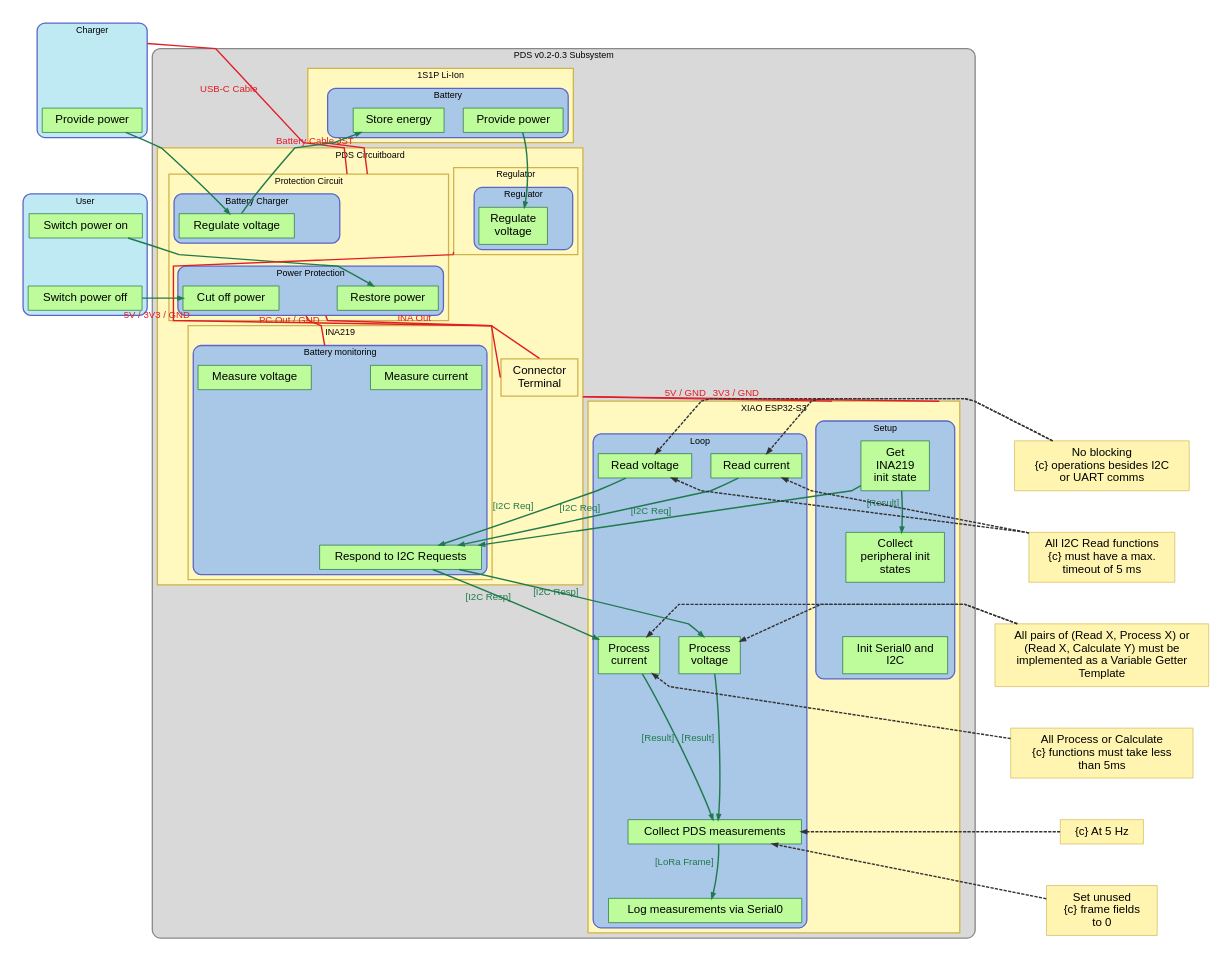
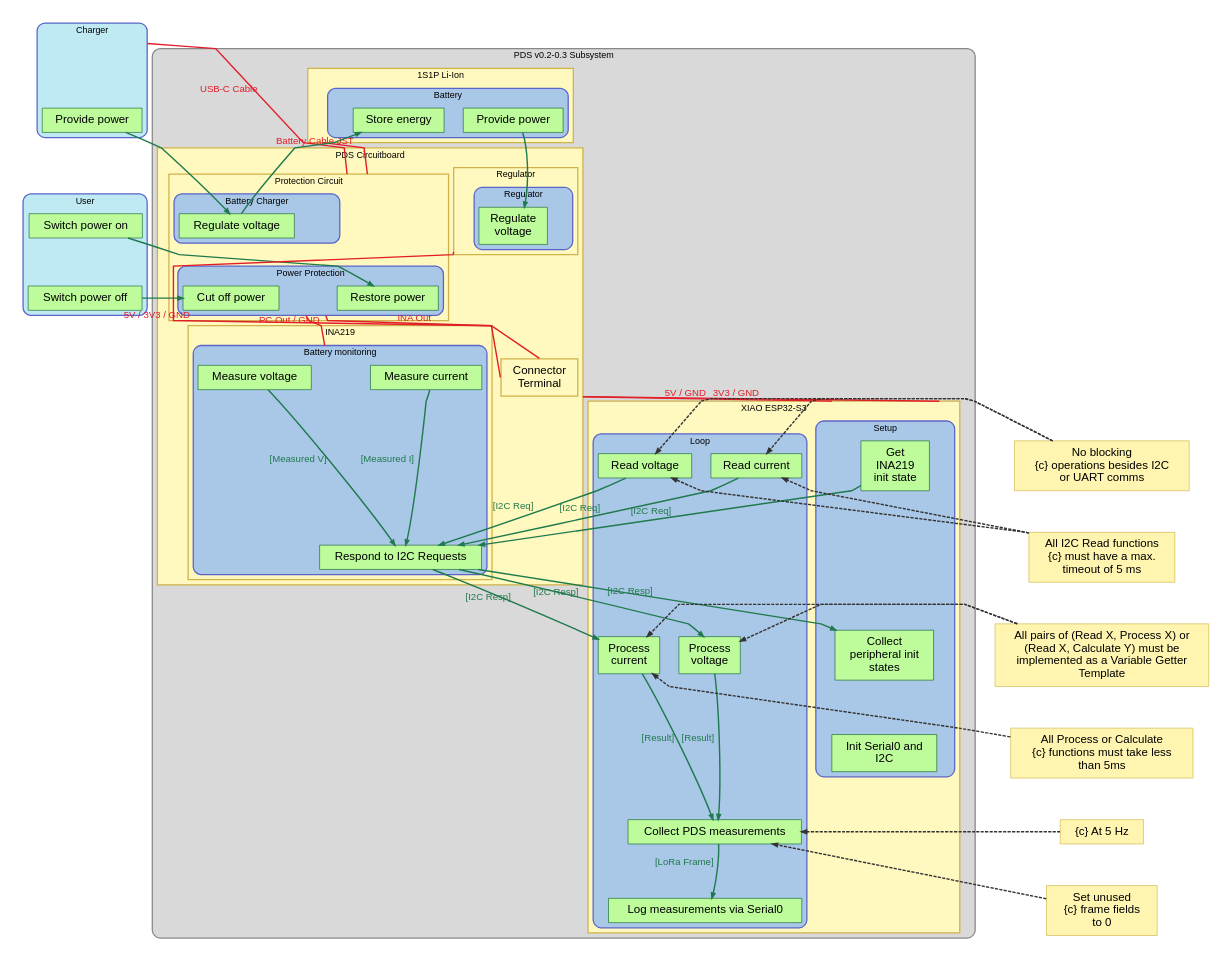
One commit to DeltaLabo/CanSatWorkshop changed the diagram in PDS/PDS_v0.2.dot. Above: the diagram before and after it, drawn with Graphviz. The commit also changed 2 other files, not shown here.

Commit message:
Fix PDS v0.2 I2C response flows

```diff
--- a/PDS/PDS_v0.2.dot
+++ b/PDS/PDS_v0.2.dot
@@ -245,6 +245,7 @@
   xiao_pwr_5v -> xiao_read_i [style=invis, weight=16];
   xiao_get_init -> xiao_collect_init [style=invis, weight=12];
   xiao_collect_init -> xiao_init_bus [style=invis, weight=12];
+  ina_respond -> xiao_collect_init [style=invis, weight=12];
   xiao_read_v -> ina_respond [style=invis, weight=12];
   xiao_read_i -> ina_respond [style=invis, weight=12];
   ina_respond -> xiao_process_v [style=invis, weight=12];
@@ -291,7 +292,6 @@
   charger_reg -> batt_store [color="#1F7A4D", fontcolor="#1F7A4D", constraint=false];
   batt_provide -> regulate_voltage [color="#1F7A4D", fontcolor="#1F7A4D", constraint=false];
 
-  xiao_get_init -> xiao_collect_init [xlabel="[Result]", color="#1F7A4D", fontcolor="#1F7A4D", constraint=false];
   xiao_process_v -> xiao_collect [xlabel="[Result]", color="#1F7A4D", fontcolor="#1F7A4D", constraint=false];
   xiao_process_i -> xiao_collect [xlabel="[Result]", color="#1F7A4D", fontcolor="#1F7A4D", constraint=false];
   xiao_collect -> xiao_log [xlabel="[LoRa Frame]", color="#1F7A4D", fontcolor="#1F7A4D", constraint=false];
@@ -299,6 +299,9 @@
   xiao_get_init -> ina_respond [xlabel="[I2C Req]", color="#1F7A4D", fontcolor="#1F7A4D", constraint=false, minlen=2];
   xiao_read_v -> ina_respond [xlabel="[I2C Req]", color="#1F7A4D", fontcolor="#1F7A4D", constraint=false, minlen=2];
   xiao_read_i -> ina_respond [xlabel="[I2C Req]", color="#1F7A4D", fontcolor="#1F7A4D", constraint=false, minlen=2];
+  ina_measure_v -> ina_respond [xlabel="[Measured V]", color="#1F7A4D", fontcolor="#1F7A4D", constraint=false, minlen=1];
+  ina_measure_i -> ina_respond [xlabel="[Measured I]", color="#1F7A4D", fontcolor="#1F7A4D", constraint=false, minlen=1];
+  ina_respond -> xiao_collect_init [xlabel="[I2C Resp]", color="#1F7A4D", fontcolor="#1F7A4D", constraint=false, minlen=2];
   ina_respond -> xiao_process_v [xlabel="[I2C Resp]", color="#1F7A4D", fontcolor="#1F7A4D", constraint=false, minlen=2];
   ina_respond -> xiao_process_i [xlabel="[I2C Resp]", color="#1F7A4D", fontcolor="#1F7A4D", constraint=false, minlen=2];
 
```
